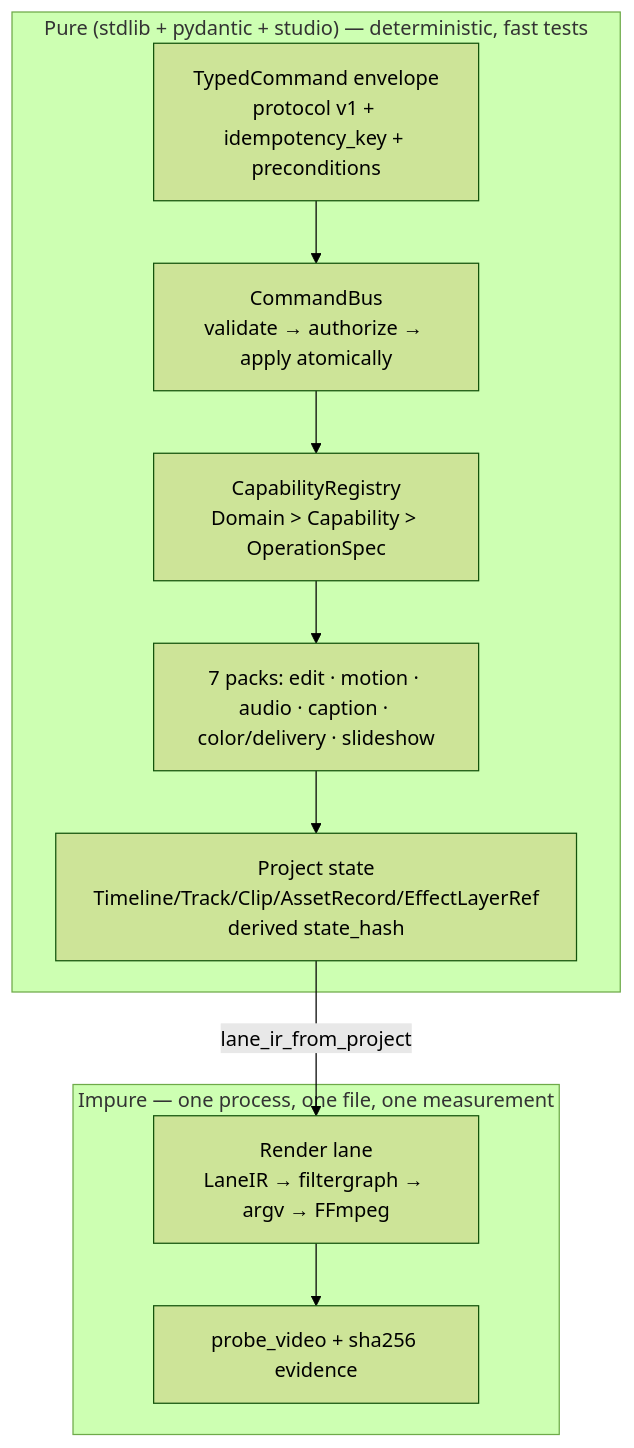
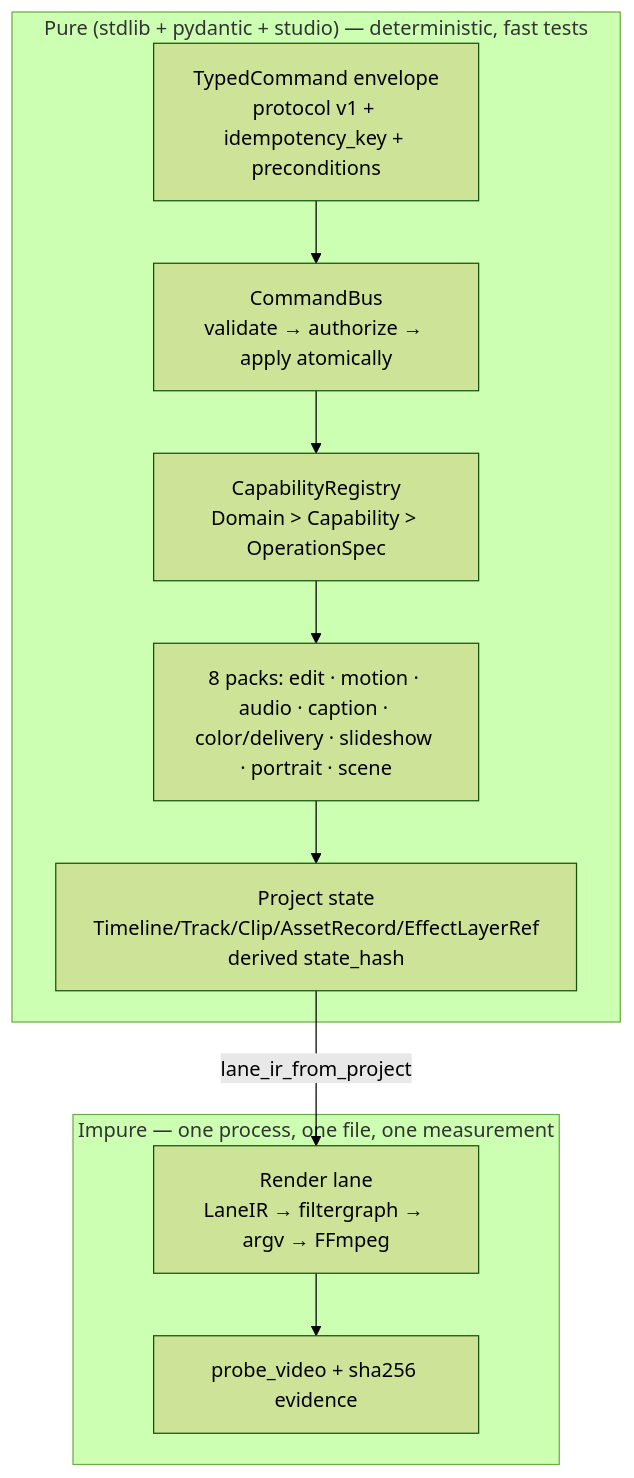
One commit to bot523h/nexus-ai-agent changed the diagram in docs/architecture/CREATIVE_STUDIO.md. Above: the diagram before and after it, drawn with Mermaid (forest theme). The commit also changed other lines of this file and 11 other files, not shown here.

````diff
--- a/docs/architecture/CREATIVE_STUDIO.md
+++ b/docs/architecture/CREATIVE_STUDIO.md
@@ -13,16 +13,16 @@
 ```mermaid
 flowchart TB
     subgraph pure["Pure (stdlib + pydantic + studio) — deterministic, fast tests"]
         cmd["TypedCommand envelope<br/>protocol v1 + idempotency_key + preconditions"]
         bus["CommandBus<br/>validate → authorize → apply atomically"]
         reg["CapabilityRegistry<br/>Domain > Capability > OperationSpec"]
-        packs["7 packs: edit · motion · audio · caption · color/delivery · slideshow"]
+        packs["8 packs: edit · motion · audio · caption · color/delivery · slideshow · portrait · scene"]
         proj["Project state<br/>Timeline/Track/Clip/AssetRecord/EffectLayerRef<br/>derived state_hash"]
     end
     subgraph impure["Impure — one process, one file, one measurement"]
         lane["Render lane<br/>LaneIR → filtergraph → argv → FFmpeg"]
         probe["probe_video + sha256 evidence"]
     end
     cmd --> bus --> reg --> packs --> proj
     proj -->|lane_ir_from_project| lane --> probe
 ```
````
